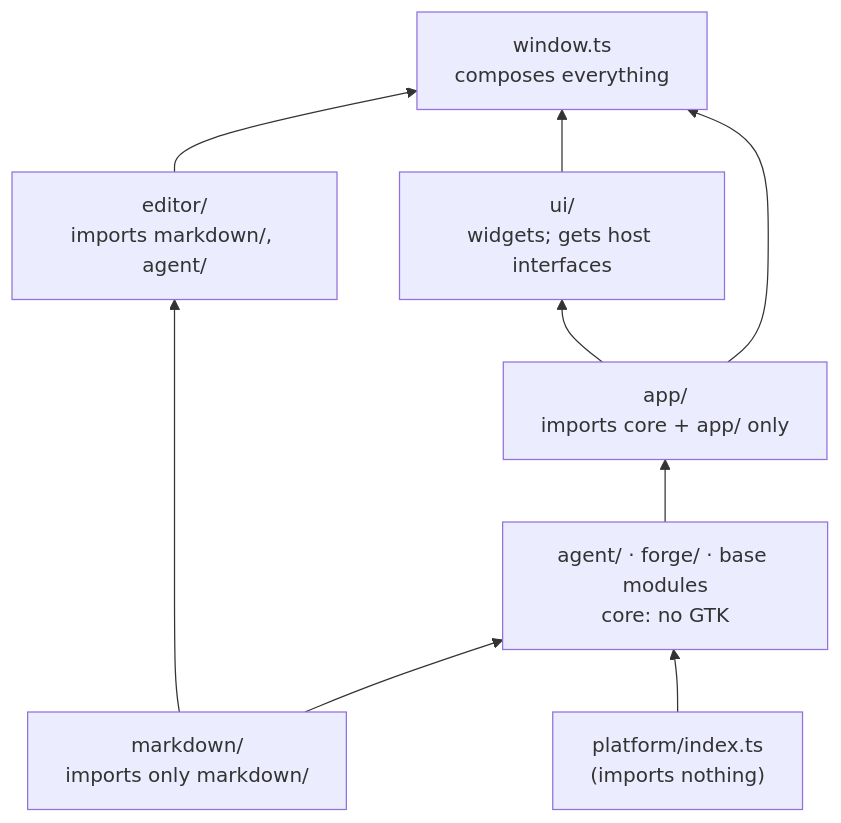
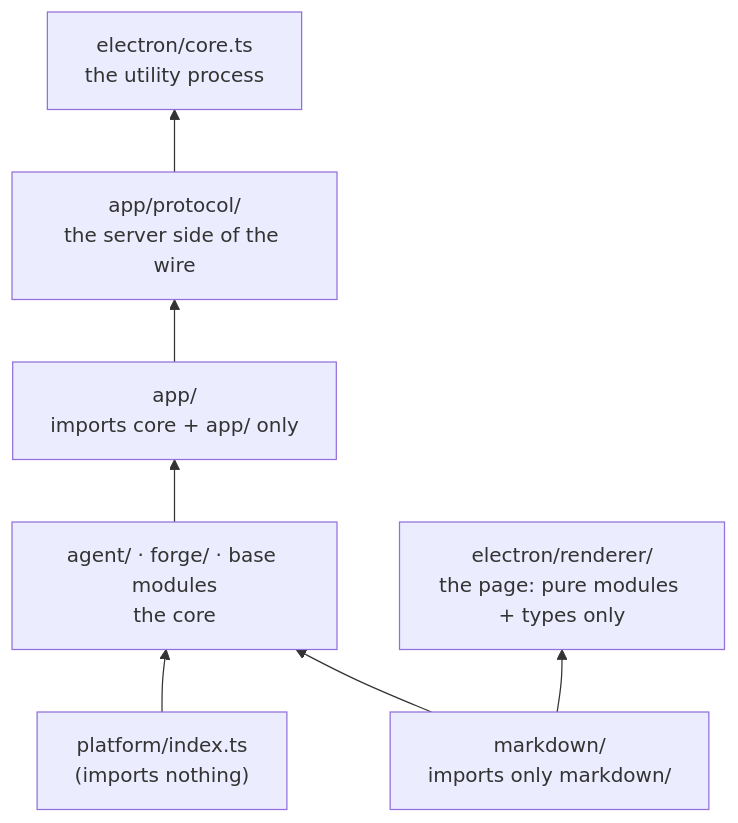
One commit to EkaPutCom/markwork changed the second of 16 diagrams in docs/ONBOARDING.md. Above: the diagram before and after it, drawn with Mermaid. The commit also changed other lines of this file and 111 other files, not shown here.

First line of the commit message:
docs: Electron-only docs, screenshots, and site (PR C of docs/design/hapus-gtk.md)

````diff
--- a/docs/ONBOARDING.md
+++ b/docs/ONBOARDING.md
@@ -144,19 +118,17 @@
 ```mermaid
 flowchart BT
     P["platform/index.ts<br/>(imports nothing)"]
     M["markdown/<br/>imports only markdown/"]
-    A["agent/ · forge/ · base modules<br/>core: no GTK"]
+    A["agent/ · forge/ · base modules<br/>the core"]
     APP["app/<br/>imports core + app/ only"]
-    E["editor/<br/>imports markdown/, agent/"]
-    U["ui/<br/>widgets; gets host interfaces"]
-    WIN["window.ts<br/>composes everything"]
+    PROTO["app/protocol/<br/>the server side of the wire"]
+    CORE["electron/core.ts<br/>the utility process"]
+    R["electron/renderer/<br/>the page: pure modules + types only"]
 
     M --> A
     P --> A
     A --> APP
-    M --> E
-    APP --> U
-    E --> WIN
-    U --> WIN
-    APP --> WIN
+    APP --> PROTO
+    PROTO --> CORE
+    M --> R
 ```
````
